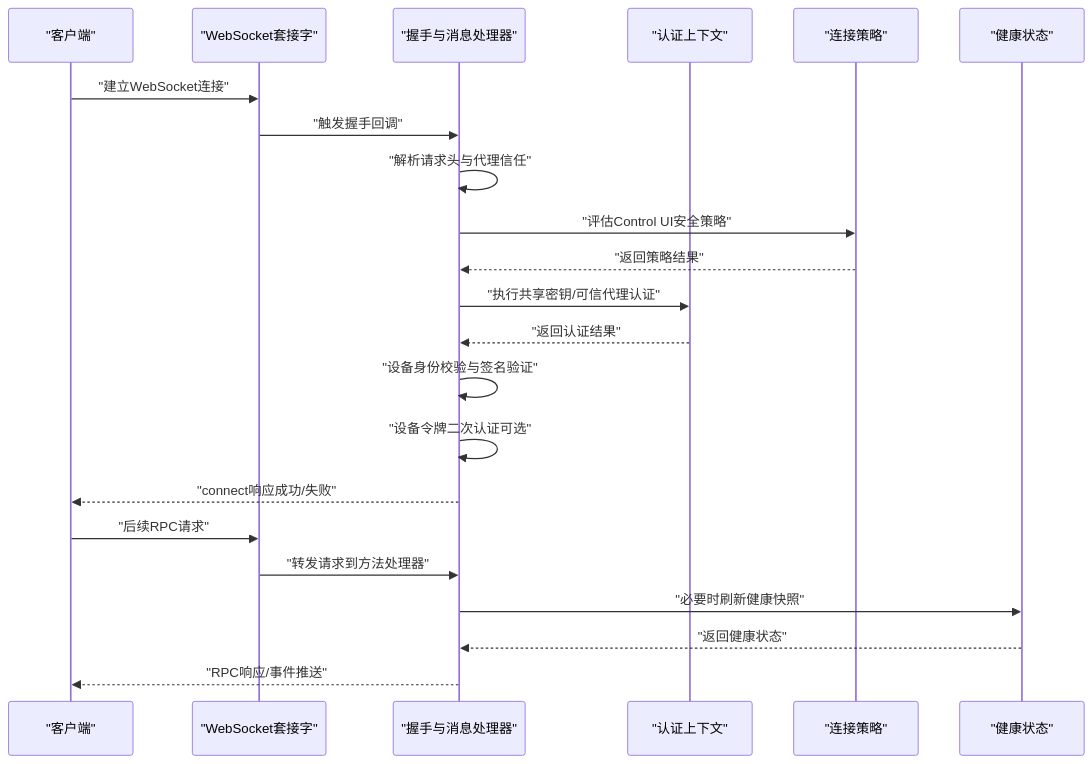
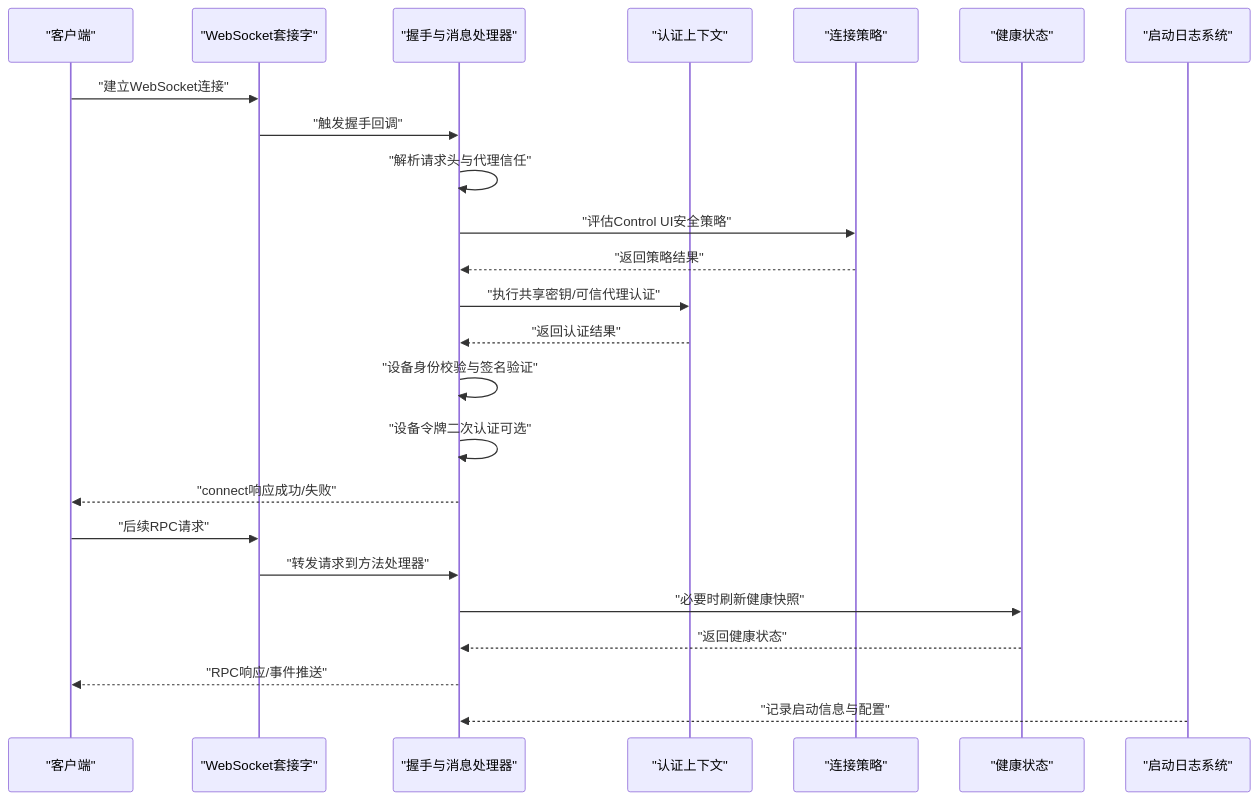
The second of 10 diagrams in .qoder/repowiki/zh/content/网关服务器/网关服务器.md (verse-ai-org/openclaw), drawn with Mermaid before and after one commit. The commit also changed other lines of this file and 32 other files, not shown here.

````diff
--- a/.qoder/repowiki/zh/content/网关服务器/网关服务器.md
+++ b/.qoder/repowiki/zh/content/网关服务器/网关服务器.md
@@ -75,24 +95,26 @@
 ```mermaid
 sequenceDiagram
 participant Client as "客户端"
 participant WS as "WebSocket套接字"
 participant Handler as "握手与消息处理器"
 participant Auth as "认证上下文"
 participant Policy as "连接策略"
 participant Health as "健康状态"
+participant Startup as "启动日志系统"
 Client->>WS : "建立WebSocket连接"
 WS->>Handler : "触发握手回调"
 Handler->>Handler : "解析请求头与代理信任"
 Handler->>Policy : "评估Control UI安全策略"
 Policy-->>Handler : "返回策略结果"
 Handler->>Auth : "执行共享密钥/可信代理认证"
 Auth-->>Handler : "返回认证结果"
 Handler->>Handler : "设备身份校验与签名验证"
 Handler->>Handler : "设备令牌二次认证可选"
 Handler-->>Client : "connect响应成功/失败"
 Client->>WS : "后续RPC请求"
 WS->>Handler : "转发请求到方法处理器"
 Handler->>Health : "必要时刷新健康快照"
 Health-->>Handler : "返回健康状态"
 Handler-->>Client : "RPC响应/事件推送"
+Startup-->>Handler : "记录启动信息与配置"
 ```
````
